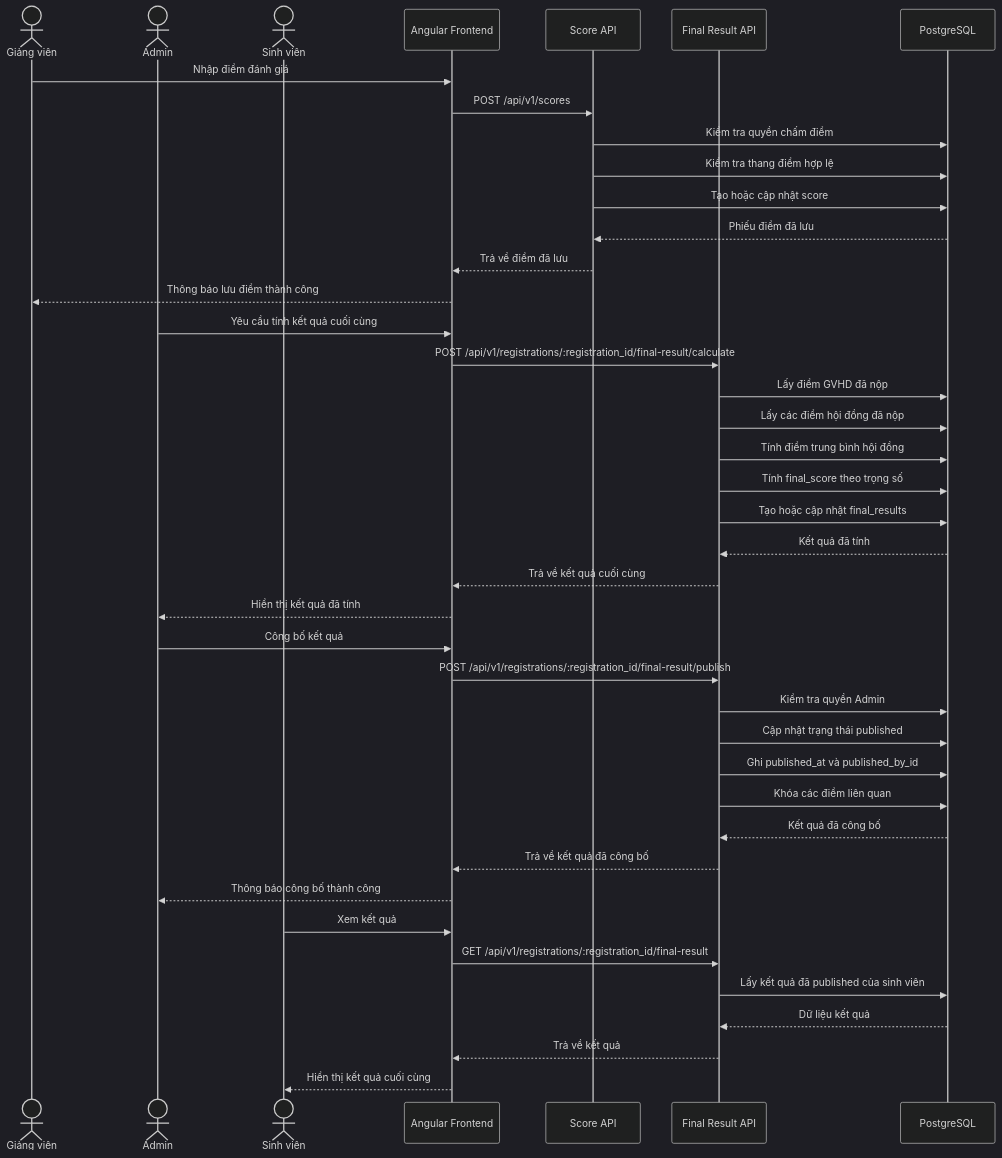
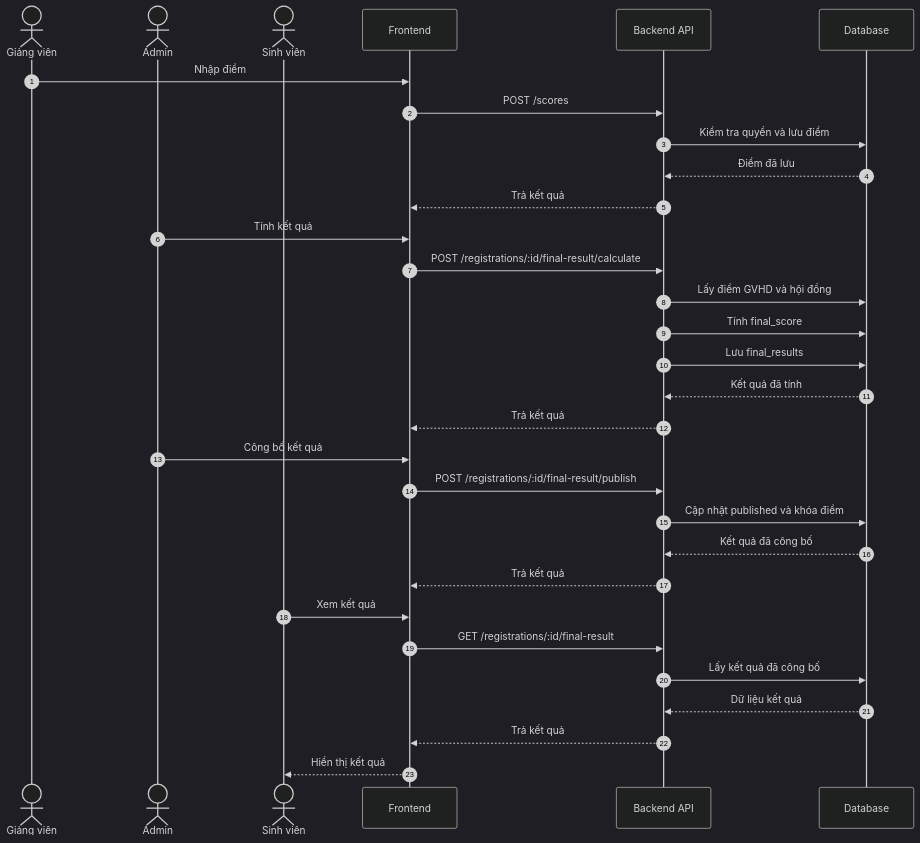
Diagram 13 of 13 in docs/diagrams_research_thesis_portal.md (VanTruong475/research-thesis-portal), drawn with Mermaid (dark theme) before and after one commit. The commit also changed other lines of this file, not shown here.

Commit message:
docs(diagrams): simplify thesis report diagrams

````diff
--- a/docs/diagrams_research_thesis_portal.md
+++ b/docs/diagrams_research_thesis_portal.md
@@ -556,47 +657,37 @@
 ```mermaid
 sequenceDiagram
+    autonumber
     actor Lecturer as Giảng viên
     actor Admin as Admin
     actor Student as Sinh viên
-    participant Web as Angular Frontend
-    participant ScoreAPI as Score API
-    participant ResultAPI as Final Result API
-    participant DB as PostgreSQL
+    participant Web as Frontend
+    participant API as Backend API
+    participant DB as Database
 
-    Lecturer->>Web: Nhập điểm đánh giá
-    Web->>ScoreAPI: POST /api/v1/scores
-    ScoreAPI->>DB: Kiểm tra quyền chấm điểm
-    ScoreAPI->>DB: Kiểm tra thang điểm hợp lệ
-    ScoreAPI->>DB: Tạo hoặc cập nhật score
-    DB-->>ScoreAPI: Phiếu điểm đã lưu
-    ScoreAPI-->>Web: Trả về điểm đã lưu
-    Web-->>Lecturer: Thông báo lưu điểm thành công
+    Lecturer->>Web: Nhập điểm
+    Web->>API: POST /scores
+    API->>DB: Kiểm tra quyền và lưu điểm
+    DB-->>API: Điểm đã lưu
+    API-->>Web: Trả kết quả
 
-    Admin->>Web: Yêu cầu tính kết quả cuối cùng
-    Web->>ResultAPI: POST /api/v1/registrations/:registration_id/final-result/calculate
-    ResultAPI->>DB: Lấy điểm GVHD đã nộp
-    ResultAPI->>DB: Lấy các điểm hội đồng đã nộp
-    ResultAPI->>DB: Tính điểm trung bình hội đồng
-    ResultAPI->>DB: Tính final_score theo trọng số
-    ResultAPI->>DB: Tạo hoặc cập nhật final_results
-    DB-->>ResultAPI: Kết quả đã tính
-    ResultAPI-->>Web: Trả về kết quả cuối cùng
-    Web-->>Admin: Hiển thị kết quả đã tính
+    Admin->>Web: Tính kết quả
+    Web->>API: POST /registrations/:id/final-result/calculate
+    API->>DB: Lấy điểm GVHD và hội đồng
+    API->>DB: Tính final_score
+    API->>DB: Lưu final_results
+    DB-->>API: Kết quả đã tính
+    API-->>Web: Trả kết quả
 
     Admin->>Web: Công bố kết quả
-    Web->>ResultAPI: POST /api/v1/registrations/:registration_id/final-result/publish
-    ResultAPI->>DB: Kiểm tra quyền Admin
-    ResultAPI->>DB: Cập nhật trạng thái published
-    ResultAPI->>DB: Ghi published_at và published_by_id
-    ResultAPI->>DB: Khóa các điểm liên quan
-    DB-->>ResultAPI: Kết quả đã công bố
-    ResultAPI-->>Web: Trả về kết quả đã công bố
-    Web-->>Admin: Thông báo công bố thành công
+    Web->>API: POST /registrations/:id/final-result/publish
+    API->>DB: Cập nhật published và khóa điểm
+    DB-->>API: Kết quả đã công bố
+    API-->>Web: Trả kết quả
 
     Student->>Web: Xem kết quả
-    Web->>ResultAPI: GET /api/v1/registrations/:registration_id/final-result
-    ResultAPI->>DB: Lấy kết quả đã published của sinh viên
-    DB-->>ResultAPI: Dữ liệu kết quả
-    ResultAPI-->>Web: Trả về kết quả
-    Web-->>Student: Hiển thị kết quả cuối cùng
+    Web->>API: GET /registrations/:id/final-result
+    API->>DB: Lấy kết quả đã công bố
+    DB-->>API: Dữ liệu kết quả
+    API-->>Web: Trả kết quả
+    Web-->>Student: Hiển thị kết quả
 ```
````
